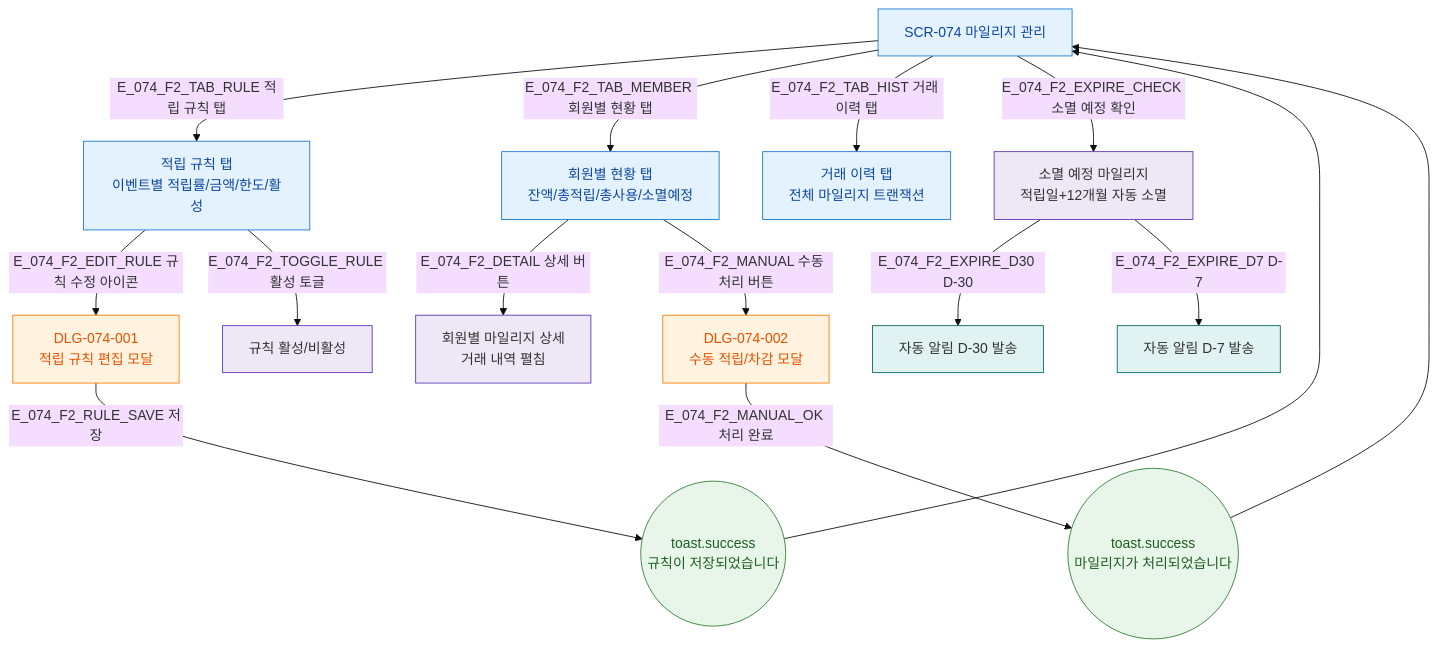
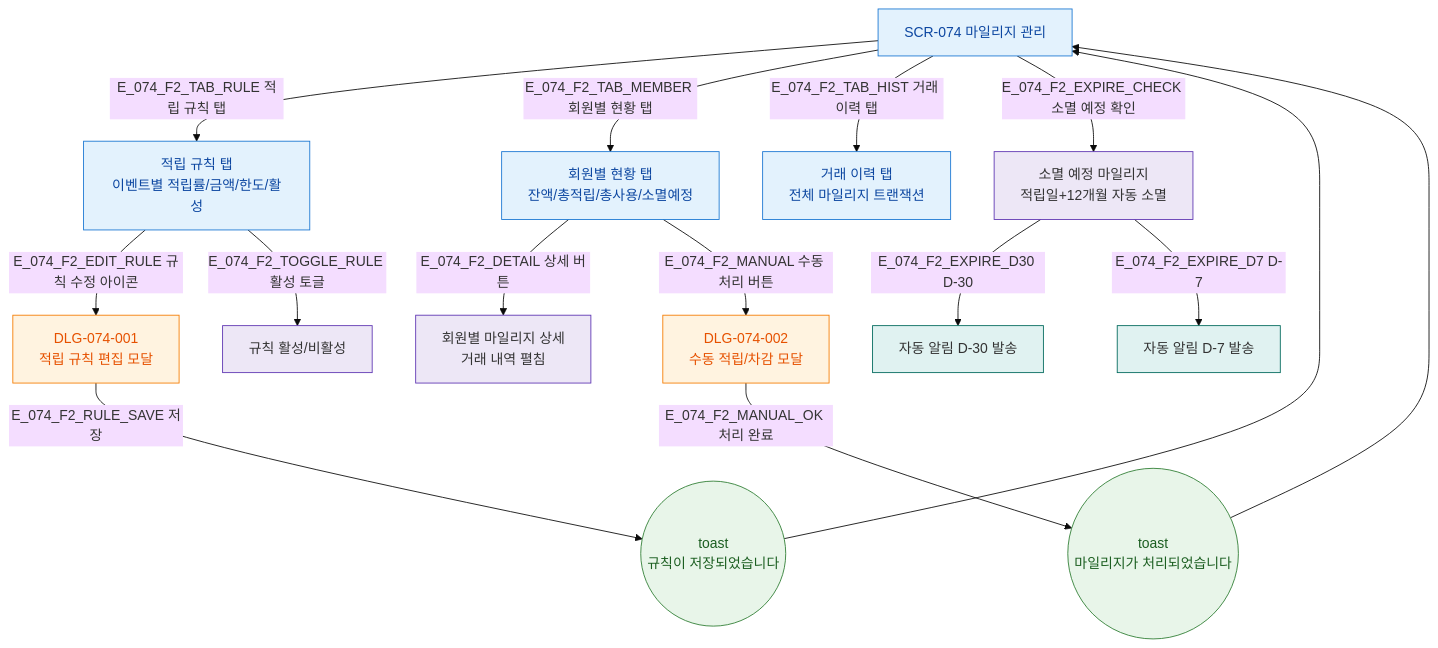
The diagram in docs/다이어그램/D08_마케팅/SCR-074_마일리지관리/F2_메인인터랙션.md (dev-spogym/admin-pando), drawn with Mermaid (base theme) before and after one commit. The commit also changed other lines of this file and 1660 other files, not shown here.

First line of the commit message:
다이어그램: 기획자/클라이언트 납품본으로 정리

````diff
--- a/docs/다이어그램/D08_마케팅/SCR-074_마일리지관리/F2_메인인터랙션.md
+++ b/docs/다이어그램/D08_마케팅/SCR-074_마일리지관리/F2_메인인터랙션.md
@@ -14,36 +12,36 @@
 ```mermaid
 flowchart TD
   SCR_074[SCR-074 마일리지 관리]
 
-  SCR_074 -->|E_074_F2_TAB_RULE 적립 규칙 탭| TAB_RULE[적립 규칙 탭\n이벤트별 적립률/금액/한도/활성]
-  SCR_074 -->|E_074_F2_TAB_MEMBER 회원별 현황 탭| TAB_MEMBER[회원별 현황 탭\n잔액/총적립/총사용/소멸예정]
-  SCR_074 -->|E_074_F2_TAB_HIST 거래 이력 탭| TAB_HIST[거래 이력 탭\n전체 마일리지 트랜잭션]
+  SCR_074 -->|E_074_F2_TAB_RULE 적립 규칙 탭|TAB_RULE[적립 규칙 탭\n이벤트별 적립률/금액/한도/활성]
+  SCR_074 -->|E_074_F2_TAB_MEMBER 회원별 현황 탭|TAB_MEMBER[회원별 현황 탭\n잔액/총적립/총사용/소멸예정]
+  SCR_074 -->|E_074_F2_TAB_HIST 거래 이력 탭|TAB_HIST[거래 이력 탭\n전체 마일리지 트랜잭션]
 
-  TAB_RULE -->|E_074_F2_EDIT_RULE 규칙 수정 아이콘| DLG_001[DLG-074-001\n적립 규칙 편집 모달]
-  TAB_RULE -->|E_074_F2_TOGGLE_RULE 활성 토글| RULE_TOGGLE[규칙 활성/비활성]
+  TAB_RULE -->|E_074_F2_EDIT_RULE 규칙 수정 아이콘|DLG_001[DLG-074-001\n적립 규칙 편집 모달]
+  TAB_RULE -->|E_074_F2_TOGGLE_RULE 활성 토글|RULE_TOGGLE[규칙 활성/비활성]
 
-  TAB_MEMBER -->|E_074_F2_DETAIL 상세 버튼| MEMBER_DETAIL[회원별 마일리지 상세\n거래 내역 펼침]
-  TAB_MEMBER -->|E_074_F2_MANUAL 수동 처리 버튼| DLG_002[DLG-074-002\n수동 적립/차감 모달]
+  TAB_MEMBER -->|E_074_F2_DETAIL 상세 버튼|MEMBER_DETAIL[회원별 마일리지 상세\n거래 내역 펼침]
+  TAB_MEMBER -->|E_074_F2_MANUAL 수동 처리 버튼|DLG_002[DLG-074-002\n수동 적립/차감 모달]
 
-  DLG_001 -->|E_074_F2_RULE_SAVE 저장| T_RULE_OK((toast.success\n규칙이 저장되었습니다))
-  DLG_002 -->|E_074_F2_MANUAL_OK 처리 완료| T_MANUAL_OK((toast.success\n마일리지가 처리되었습니다))
+  DLG_001 -->|E_074_F2_RULE_SAVE 저장|T_RULE_OK((toast\n규칙이 저장되었습니다))
+  DLG_002 -->|E_074_F2_MANUAL_OK 처리 완료|T_MANUAL_OK((toast\n마일리지가 처리되었습니다))
   T_RULE_OK --> SCR_074
   T_MANUAL_OK --> SCR_074
 
   %% 소멸 규칙 자동화
-  SCR_074 -->|E_074_F2_EXPIRE_CHECK 소멸 예정 확인| EXPIRE[소멸 예정 마일리지\n적립일+12개월 자동 소멸]
-  EXPIRE -->|E_074_F2_EXPIRE_D30 D-30| AUTO_NOTIF_30[자동 알림 D-30 발송]
-  EXPIRE -->|E_074_F2_EXPIRE_D7 D-7| AUTO_NOTIF_7[자동 알림 D-7 발송]
+  SCR_074 -->|E_074_F2_EXPIRE_CHECK 소멸 예정 확인|EXPIRE[소멸 예정 마일리지\n적립일+12개월 자동 소멸]
+  EXPIRE -->|E_074_F2_EXPIRE_D30 D-30|AUTO_NOTIF_30[자동 알림 D-30 발송]
+  EXPIRE -->|E_074_F2_EXPIRE_D7 D-7|AUTO_NOTIF_7[자동 알림 D-7 발송]
 
-  classDef screen      fill:#E3F2FD,stroke:#1976D2,color:#0D47A1
-  classDef modal       fill:#FFF3E0,stroke:#F57C00,color:#E65100
-  classDef success     fill:#E8F5E9,stroke:#2E7D32,color:#1B5E20
-  classDef system      fill:#EDE7F6,stroke:#5E35B2
-  classDef cron        fill:#E0F2F1,stroke:#00695C
+  classDef screen fill:#E3F2FD,stroke:#1976D2,color:#0D47A1
+  classDef modal fill:#FFF3E0,stroke:#F57C00,color:#E65100
+  classDef success fill:#E8F5E9,stroke:#2E7D32,color:#1B5E20
+  classDef system fill:#EDE7F6,stroke:#5E35B2
+  classDef cron fill:#E0F2F1,stroke:#00695C
 
   class SCR_074,TAB_RULE,TAB_MEMBER,TAB_HIST screen
   class DLG_001,DLG_002 modal
   class T_RULE_OK,T_MANUAL_OK success
   class EXPIRE,RULE_TOGGLE,MEMBER_DETAIL system
   class AUTO_NOTIF_30,AUTO_NOTIF_7 cron
 ```
````
